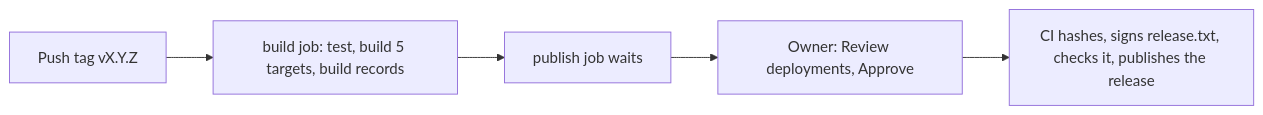
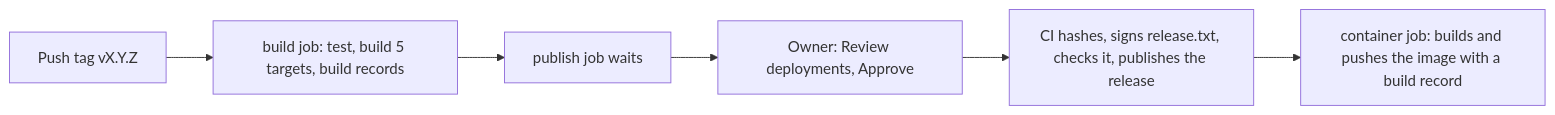
Before and after one commit to Phygital-Key/phygital-key: the diagram in CONTRIBUTING.md, drawn with Mermaid. The commit also changed other lines of this file and 8 other files, not shown here.

Commit message:
Docs: container image across getting started, reference, FAQ, testing, contributing, security, threat model, architecture, AGENTS

````diff
--- a/CONTRIBUTING.md
+++ b/CONTRIBUTING.md
@@ -111,7 +122,8 @@
 ```mermaid
 flowchart LR
   T["Push tag vX.Y.Z"] --> CI["build job: test, build 5 targets, build records"]
   CI --> W["publish job waits"]
   W --> A["Owner: Review deployments, Approve"]
   A --> P["CI hashes, signs release.txt, checks it, publishes the release"]
+  P --> C["container job: builds and pushes the image with a build record"]
 ```
````
